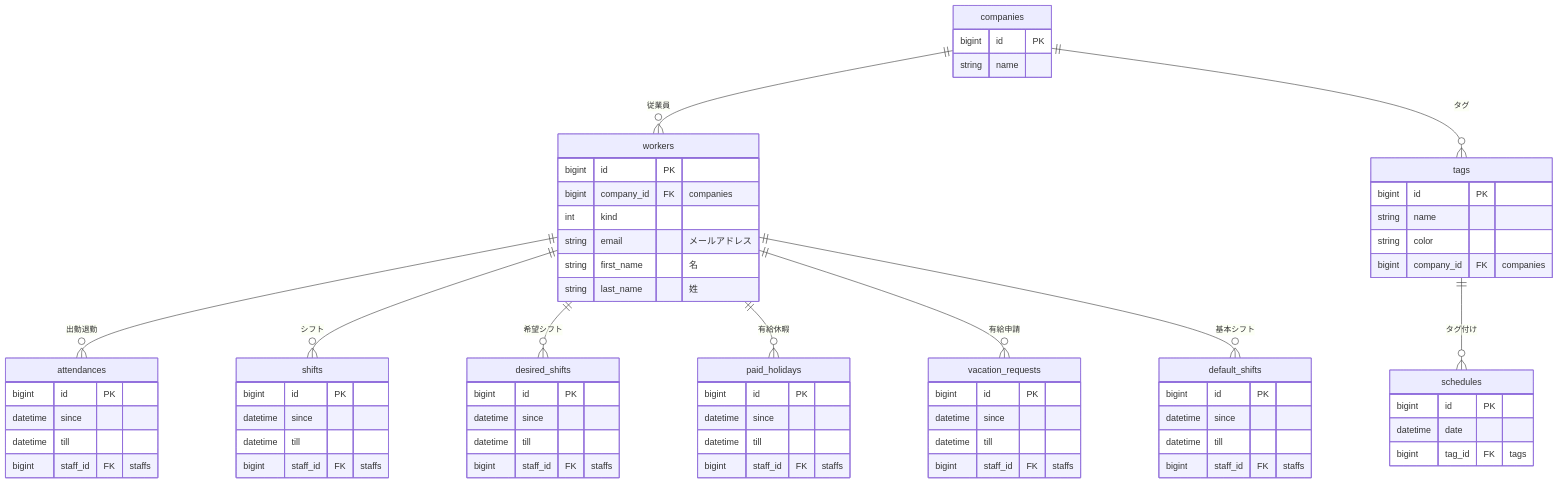
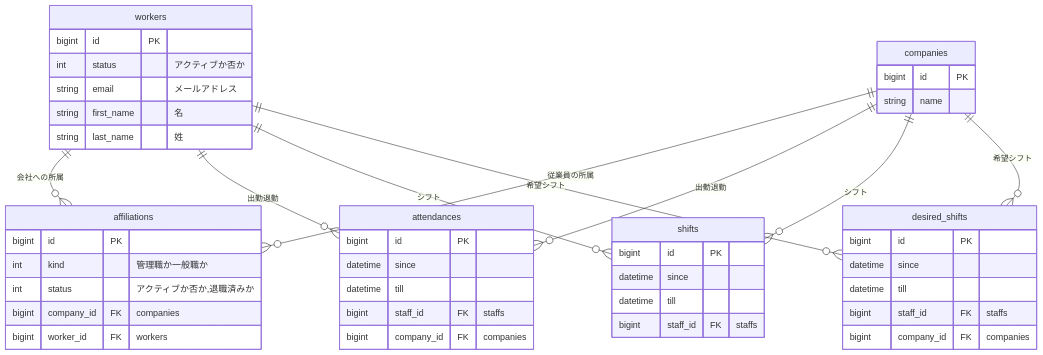
The diagram in db/er.md (piny940/kintai), drawn with Mermaid before and after one commit.

Commit message:
必要な機能だけに絞る (#2)
* 従業員は複数の会社に所属できるようにする

* 後からでも足せる機能は削除

* タグ付けを削除

````diff
--- a/db/er.md
+++ b/db/er.md
@@ -1,76 +1,52 @@
 ```mermaid
 erDiagram
-  companies ||--o{ workers : "従業員"
-  companies ||--o{ tags : "タグ"
-  tags ||--o{ schedules : "タグ付け"
+  companies ||--o{ affiliations : "従業員の所属"
+  workers ||--o{ affiliations : "会社への所属"
   workers ||--o{ attendances : "出勤退勤"
   workers ||--o{ shifts : "シフト"
   workers ||--o{ desired_shifts : "希望シフト"
-  workers ||--o{ paid_holidays : "有給休暇"
-  workers ||--o{ vacation_requests : "有給申請"
-  workers ||--o{ default_shifts : "基本シフト"
+  companies ||--o{ attendances : "出勤退勤"
+  companies ||--o{ shifts : "シフト"
+  companies ||--o{ desired_shifts : "希望シフト"
 
   companies {
     bigint id PK
     string name
   }
+  affiliations {
+    bigint id PK
+    int kind "管理職か一般職か"
+    int status "アクティブか否か,退職済みか"
+    bigint company_id FK "companies"
+    bigint worker_id FK "workers"
+  }
   workers {
     bigint id PK
-    bigint company_id FK "companies"
-    int kind
+    int status "アクティブか否か"
     string email "メールアドレス"
     string first_name "名"
     string last_name "姓"
   }
 
   attendances {
     bigint id PK
     datetime since
     datetime till
     bigint staff_id FK "staffs"
+    bigint company_id FK "companies"
   }
 
   shifts {
     bigint id PK
     datetime since
     datetime till
     bigint staff_id FK "staffs"
   }
   desired_shifts {
     bigint id PK
     datetime since
     datetime till
     bigint staff_id FK "staffs"
-  }
-  default_shifts {
-    bigint id PK
-    datetime since
-    datetime till
-    bigint staff_id FK "staffs"
-  }
-  
-  tags {
-    bigint id PK
-    string name
-    string color
     bigint company_id FK "companies"
   }
-  schedules {
-    bigint id PK
-    datetime date
-    bigint tag_id FK "tags"
-  }
-
-  paid_holidays {
-    bigint id PK
-    datetime since
-    datetime till
-    bigint staff_id FK "staffs"
-  }
-  vacation_requests {
-    bigint id PK
-    datetime since
-    datetime till
-    bigint staff_id FK "staffs"
-  }
 ```
````
